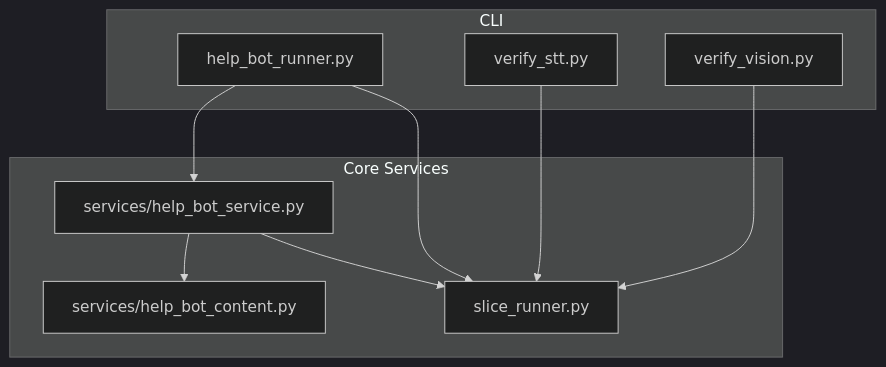
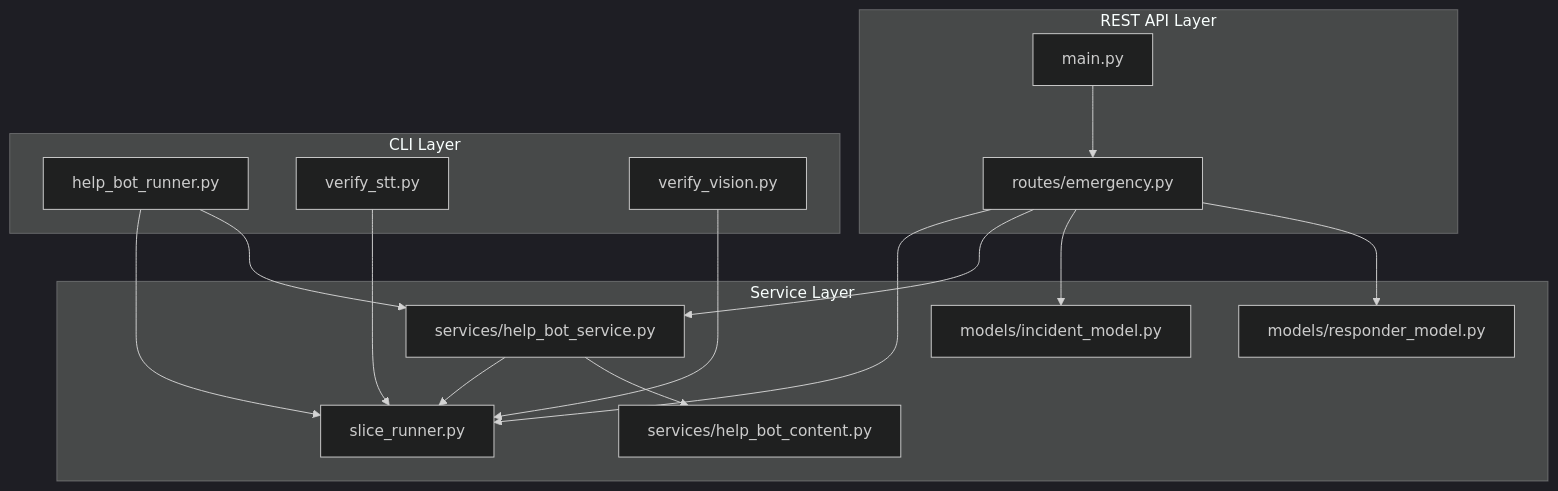
One commit to M-Rumman/LifeLine-Ride changed the first of 2 diagrams in .qoder/repowiki/en/content/API Reference.md. Above: the diagram before and after it, drawn with Mermaid (dark theme). The commit also changed other lines of this file and 727 other files, not shown here.

````diff
--- a/.qoder/repowiki/en/content/API Reference.md
+++ b/.qoder/repowiki/en/content/API Reference.md
@@ -48,19 +71,30 @@
 ```mermaid
 graph TB
-subgraph "CLI"
+subgraph "REST API Layer"
+MAIN["main.py"]
+EMERGENCY["routes/emergency.py"]
+end
+subgraph "CLI Layer"
 HBR["help_bot_runner.py"]
 VSTT["verify_stt.py"]
 VVIS["verify_vision.py"]
 end
-subgraph "Core Services"
+subgraph "Service Layer"
 SLR["slice_runner.py"]
 HBS["services/help_bot_service.py"]
 HBC["services/help_bot_content.py"]
+IM["models/incident_model.py"]
+RM["models/responder_model.py"]
 end
+MAIN --> EMERGENCY
 HBR --> SLR
 HBR --> HBS
+EMERGENCY --> SLR
+EMERGENCY --> HBS
+EMERGENCY --> IM
+EMERGENCY --> RM
 HBS --> SLR
 HBS --> HBC
 VSTT --> SLR
 VVIS --> SLR
 ```
````
